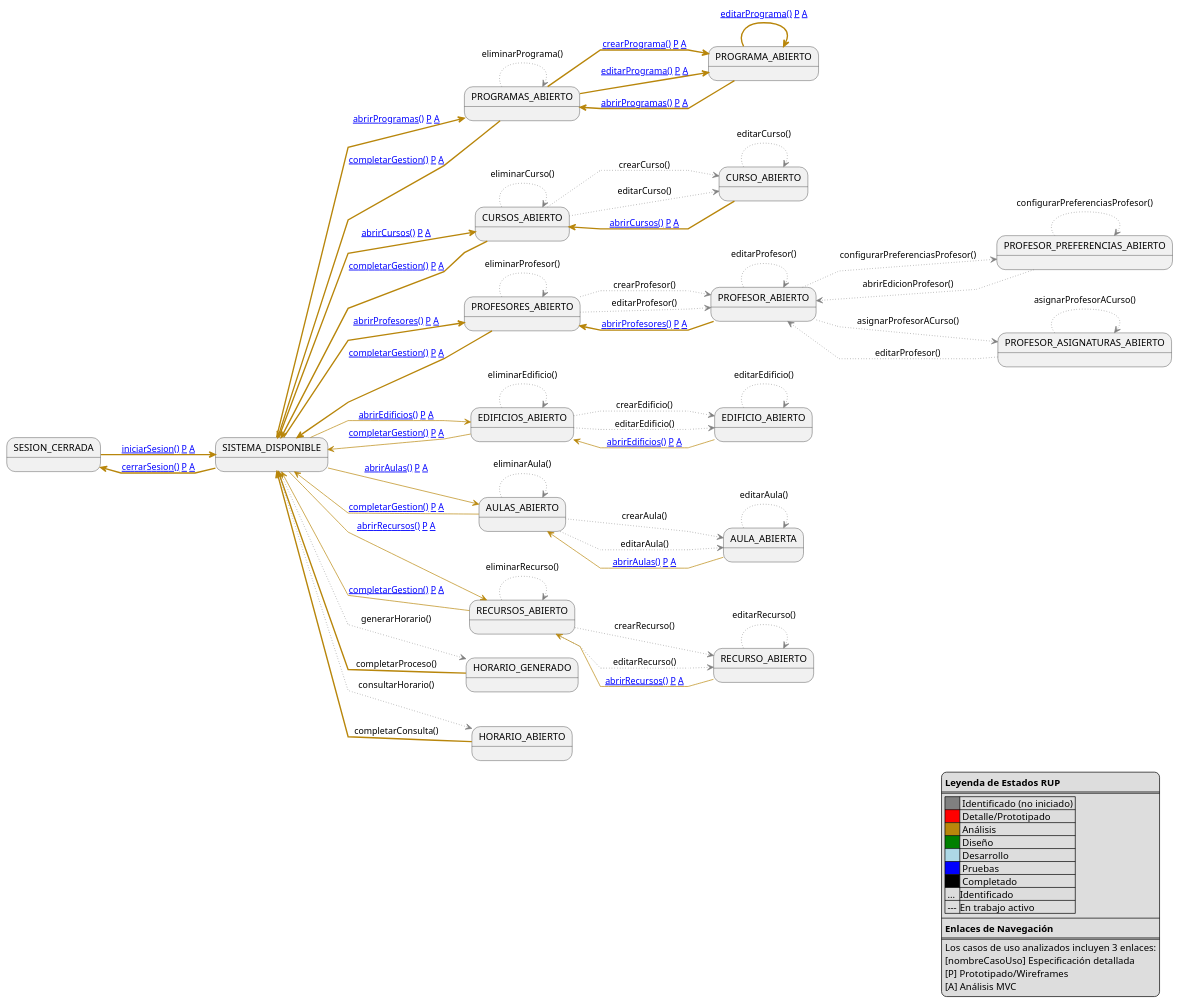
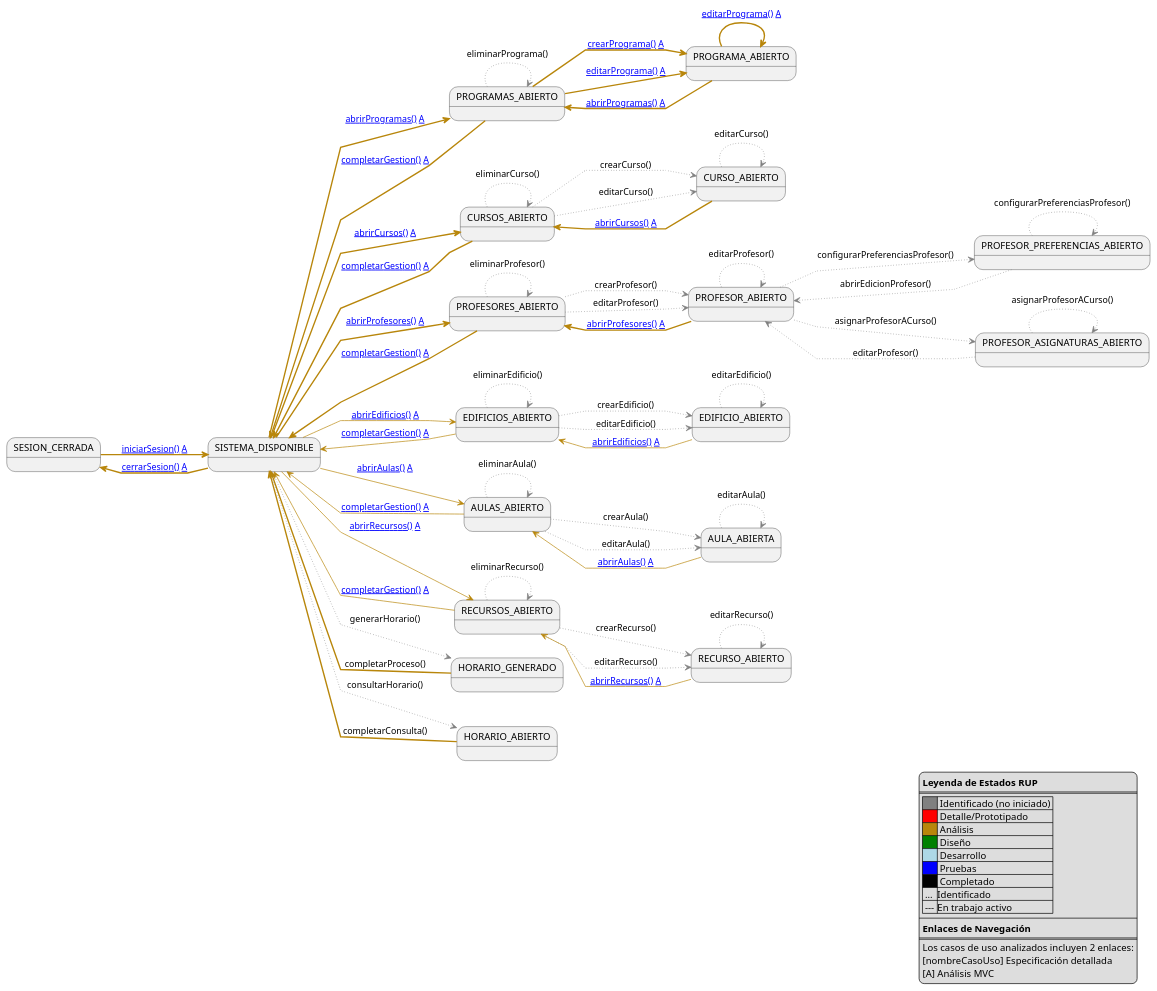
Before and after one commit to Hexcss/scheduler: the diagram in RUP/99-seguimiento/diagrama-contexto-administrador.puml, drawn with PlantUML. The commit also changed 1 other file, not shown here.

Commit message:
docs(diagrama): actualizar enlaces de navegación y especificaciones

```diff
--- a/RUP/99-seguimiento/diagrama-contexto-administrador.puml
+++ b/RUP/99-seguimiento/diagrama-contexto-administrador.puml
@@ -18,9 +18,8 @@
     ----
     **Enlaces de Navegación**
     ====
-    Los casos de uso analizados incluyen 3 enlaces:
+    Los casos de uso analizados incluyen 2 enlaces:
     [nombreCasoUso] Especificación detallada
-    [P] Prototipado/Wireframes  
     [A] Análisis MVC
 end legend
 
@@ -45,15 +44,15 @@
 state "HORARIO_GENERADO" as Generacion
 state "HORARIO_ABIERTO" as Consulta
 
-NoAuth -[#darkgoldenrod,thickness=2]-> Menu: [[https://github.com/mmasias/pySigHor/blob/main/RUP/00-casos-uso/02-detalle/iniciarSesion/README.md iniciarSesion()]] [[https://github.com/mmasias/pySigHor/blob/main/RUP/00-casos-uso/02-detalle/iniciarSesion/prototipo.puml P]] [[https://github.com/mmasias/pySigHor/blob/main/RUP/01-analisis/casos-uso/iniciarSesion/README.md A]]
+NoAuth -[#darkgoldenrod,thickness=2]-> Menu: [[https://github.com/mmasias/pySigHor/blob/main/RUP/00-casos-uso/02-detalle/iniciarSesion/README.md iniciarSesion()]] [[https://github.com/mmasias/pySigHor/blob/main/RUP/01-analisis/casos-uso/iniciarSesion/README.md A]]
 
-Menu -[#darkgoldenrod,thickness=2]-> NoAuth: [[https://github.com/mmasias/pySigHor/blob/main/RUP/00-casos-uso/02-detalle/cerrarSesion/README.md cerrarSesion()]] [[https://github.com/mmasias/pySigHor/blob/main/RUP/00-casos-uso/02-detalle/cerrarSesion/prototipo.puml P]] [[https://github.com/mmasias/pySigHor/blob/main/RUP/01-analisis/casos-uso/cerrarSesion/README.md A]]
-Menu -[#darkgoldenrod,thickness=2]-> ListProgramas: [[https://github.com/mmasias/pySigHor/blob/main/RUP/00-casos-uso/02-detalle/abrirProgramas/README.md abrirProgramas()]] [[https://github.com/mmasias/pySigHor/blob/main/RUP/00-casos-uso/02-detalle/abrirProgramas/prototipo.puml P]] [[https://github.com/mmasias/pySigHor/blob/main/RUP/01-analisis/casos-uso/abrirProgramas/README.md A]]
-Menu -[#darkgoldenrod,thickness=2]-> ListCursos: [[https://github.com/mmasias/pySigHor/blob/main/RUP/00-casos-uso/02-detalle/abrirCursos/README.md abrirCursos()]] [[https://github.com/mmasias/pySigHor/blob/main/RUP/00-casos-uso/02-detalle/abrirCursos/prototipo.puml P]] [[https://github.com/mmasias/pySigHor/blob/main/RUP/01-analisis/casos-uso/abrirCursos/README.md A]]
-Menu -[#darkgoldenrod,thickness=2]-> ListProfesores: [[https://github.com/mmasias/pySigHor/blob/main/RUP/00-casos-uso/02-detalle/abrirProfesores/README.md abrirProfesores()]] [[https://github.com/mmasias/pySigHor/blob/main/RUP/00-casos-uso/02-detalle/abrirProfesores/prototipo.puml P]] [[https://github.com/mmasias/pySigHor/blob/main/RUP/01-analisis/casos-uso/abrirProfesores/README.md A]]
-Menu -[#darkgoldenrod]-> ListEdificios: [[https://github.com/mmasias/pySigHor/blob/main/RUP/00-casos-uso/02-detalle/abrirEdificios/README.md abrirEdificios()]] [[https://github.com/mmasias/pySigHor/blob/main/RUP/00-casos-uso/02-detalle/abrirEdificios/prototipo.puml P]] [[https://github.com/mmasias/pySigHor/blob/main/RUP/01-analisis/casos-uso/abrirEdificios/README.md A]]
-Menu -[#darkgoldenrod]-> ListAulas: [[https://github.com/mmasias/pySigHor/blob/main/RUP/00-casos-uso/02-detalle/abrirAulas/README.md abrirAulas()]] [[https://github.com/mmasias/pySigHor/blob/main/RUP/00-casos-uso/02-detalle/abrirAulas/prototipo.puml P]] [[https://github.com/mmasias/pySigHor/blob/main/RUP/01-analisis/casos-uso/abrirAulas/README.md A]]
-Menu -[#darkgoldenrod]-> ListRecursos: [[https://github.com/mmasias/pySigHor/blob/main/RUP/00-casos-uso/02-detalle/abrirRecursos/README.md abrirRecursos()]] [[https://github.com/mmasias/pySigHor/blob/main/RUP/00-casos-uso/02-detalle/abrirRecursos/prototipo.puml P]] [[https://github.com/mmasias/pySigHor/blob/main/RUP/01-analisis/casos-uso/abrirRecursos/README.md A]]
+Menu -[#darkgoldenrod,thickness=2]-> NoAuth: [[https://github.com/mmasias/pySigHor/blob/main/RUP/00-casos-uso/02-detalle/cerrarSesion/README.md cerrarSesion()]] [[https://github.com/mmasias/pySigHor/blob/main/RUP/01-analisis/casos-uso/cerrarSesion/README.md A]]
+Menu -[#darkgoldenrod,thickness=2]-> ListProgramas: [[https://github.com/mmasias/pySigHor/blob/main/RUP/00-casos-uso/02-detalle/abrirProgramas/README.md abrirProgramas()]] [[https://github.com/mmasias/pySigHor/blob/main/RUP/01-analisis/casos-uso/abrirProgramas/README.md A]]
+Menu -[#darkgoldenrod,thickness=2]-> ListCursos: [[https://github.com/mmasias/pySigHor/blob/main/RUP/00-casos-uso/02-detalle/abrirCursos/README.md abrirCursos()]] [[https://github.com/mmasias/pySigHor/blob/main/RUP/01-analisis/casos-uso/abrirCursos/README.md A]]
+Menu -[#darkgoldenrod,thickness=2]-> ListProfesores: [[https://github.com/mmasias/pySigHor/blob/main/RUP/00-casos-uso/02-detalle/abrirProfesores/README.md abrirProfesores()]] [[https://github.com/mmasias/pySigHor/blob/main/RUP/01-analisis/casos-uso/abrirProfesores/README.md A]]
+Menu -[#darkgoldenrod]-> ListEdificios: [[https://github.com/mmasias/pySigHor/blob/main/RUP/00-casos-uso/02-detalle/abrirEdificios/README.md abrirEdificios()]] [[https://github.com/mmasias/pySigHor/blob/main/RUP/01-analisis/casos-uso/abrirEdificios/README.md A]]
+Menu -[#darkgoldenrod]-> ListAulas: [[https://github.com/mmasias/pySigHor/blob/main/RUP/00-casos-uso/02-detalle/abrirAulas/README.md abrirAulas()]] [[https://github.com/mmasias/pySigHor/blob/main/RUP/01-analisis/casos-uso/abrirAulas/README.md A]]
+Menu -[#darkgoldenrod]-> ListRecursos: [[https://github.com/mmasias/pySigHor/blob/main/RUP/00-casos-uso/02-detalle/abrirRecursos/README.md abrirRecursos()]] [[https://github.com/mmasias/pySigHor/blob/main/RUP/01-analisis/casos-uso/abrirRecursos/README.md A]]
 Menu -[#gray,dotted]-> Generacion: generarHorario()
 Menu -[#gray,dotted]-> Consulta: consultarHorario()
 
@@ -61,45 +60,45 @@
 
 Asignaciones -[#gray,dotted]-> Asignaciones: asignarProfesorACurso()
 Asignaciones -[#gray,dotted]-> EditProfesor: editarProfesor()
-ListProgramas -[#darkgoldenrod,thickness=2]-> EditPrograma: [[https://github.com/mmasias/pySigHor/blob/main/RUP/00-casos-uso/02-detalle/crearPrograma/README.md crearPrograma()]] [[https://github.com/mmasias/pySigHor/blob/main/RUP/00-casos-uso/02-detalle/crearPrograma/prototipo.puml P]] [[https://github.com/mmasias/pySigHor/blob/main/RUP/01-analisis/casos-uso/crearPrograma/README.md A]]
-ListProgramas -[#darkgoldenrod,thickness=2]-> EditPrograma: [[https://github.com/mmasias/pySigHor/blob/main/RUP/00-casos-uso/02-detalle/editarPrograma/README.md editarPrograma()]] [[https://github.com/mmasias/pySigHor/blob/main/RUP/00-casos-uso/02-detalle/editarPrograma/prototipo.puml P]] [[https://github.com/mmasias/pySigHor/blob/main/RUP/01-analisis/casos-uso/editarPrograma/README.md A]]
+ListProgramas -[#darkgoldenrod,thickness=2]-> EditPrograma: [[https://github.com/mmasias/pySigHor/blob/main/RUP/00-casos-uso/02-detalle/crearPrograma/README.md crearPrograma()]] [[https://github.com/mmasias/pySigHor/blob/main/RUP/01-analisis/casos-uso/crearPrograma/README.md A]]
+ListProgramas -[#darkgoldenrod,thickness=2]-> EditPrograma: [[https://github.com/mmasias/pySigHor/blob/main/RUP/00-casos-uso/02-detalle/editarPrograma/README.md editarPrograma()]] [[https://github.com/mmasias/pySigHor/blob/main/RUP/01-analisis/casos-uso/editarPrograma/README.md A]]
 ListProgramas -[#gray,dotted]-> ListProgramas: eliminarPrograma()
-EditPrograma -[#darkgoldenrod,thickness=2]-> EditPrograma: [[https://github.com/mmasias/pySigHor/blob/main/RUP/00-casos-uso/02-detalle/editarPrograma/README.md editarPrograma()]] [[https://github.com/mmasias/pySigHor/blob/main/RUP/00-casos-uso/02-detalle/editarPrograma/prototipo.puml P]] [[https://github.com/mmasias/pySigHor/blob/main/RUP/01-analisis/casos-uso/editarPrograma/README.md A]]
-EditPrograma -[#darkgoldenrod,thickness=2]-> ListProgramas: [[https://github.com/mmasias/pySigHor/blob/main/RUP/00-casos-uso/02-detalle/abrirProgramas/README.md abrirProgramas()]] [[https://github.com/mmasias/pySigHor/blob/main/RUP/00-casos-uso/02-detalle/abrirProgramas/prototipo.puml P]] [[https://github.com/mmasias/pySigHor/blob/main/RUP/01-analisis/casos-uso/abrirProgramas/README.md A]]
+EditPrograma -[#darkgoldenrod,thickness=2]-> EditPrograma: [[https://github.com/mmasias/pySigHor/blob/main/RUP/00-casos-uso/02-detalle/editarPrograma/README.md editarPrograma()]] [[https://github.com/mmasias/pySigHor/blob/main/RUP/01-analisis/casos-uso/editarPrograma/README.md A]]
+EditPrograma -[#darkgoldenrod,thickness=2]-> ListProgramas: [[https://github.com/mmasias/pySigHor/blob/main/RUP/00-casos-uso/02-detalle/abrirProgramas/README.md abrirProgramas()]] [[https://github.com/mmasias/pySigHor/blob/main/RUP/01-analisis/casos-uso/abrirProgramas/README.md A]]
 ListCursos -[#gray,dotted]-> EditCurso: crearCurso()
 ListCursos -[#gray,dotted]-> EditCurso: editarCurso()
 ListCursos -[#gray,dotted]-> ListCursos: eliminarCurso()
 EditCurso -[#gray,dotted]-> EditCurso: editarCurso()
-EditCurso -[#darkgoldenrod,thickness=2]-> ListCursos: [[https://github.com/mmasias/pySigHor/blob/main/RUP/00-casos-uso/02-detalle/abrirCursos/README.md abrirCursos()]] [[https://github.com/mmasias/pySigHor/blob/main/RUP/00-casos-uso/02-detalle/abrirCursos/prototipo.puml P]] [[https://github.com/mmasias/pySigHor/blob/main/RUP/01-analisis/casos-uso/abrirCursos/README.md A]]
+EditCurso -[#darkgoldenrod,thickness=2]-> ListCursos: [[https://github.com/mmasias/pySigHor/blob/main/RUP/00-casos-uso/02-detalle/abrirCursos/README.md abrirCursos()]] [[https://github.com/mmasias/pySigHor/blob/main/RUP/01-analisis/casos-uso/abrirCursos/README.md A]]
 ListProfesores -[#gray,dotted]-> EditProfesor: crearProfesor()
 ListProfesores -[#gray,dotted]-> EditProfesor: editarProfesor()
 ListProfesores -[#gray,dotted]-> ListProfesores: eliminarProfesor()
 EditProfesor -[#gray,dotted]-> EditProfesor: editarProfesor()
 EditProfesor -[#gray,dotted]-> EditProfesorPreferencias: configurarPreferenciasProfesor()
-EditProfesor -[#darkgoldenrod,thickness=2]-> ListProfesores: [[https://github.com/mmasias/pySigHor/blob/main/RUP/00-casos-uso/02-detalle/abrirProfesores/README.md abrirProfesores()]] [[https://github.com/mmasias/pySigHor/blob/main/RUP/00-casos-uso/02-detalle/abrirProfesores/prototipo.puml P]] [[https://github.com/mmasias/pySigHor/blob/main/RUP/01-analisis/casos-uso/abrirProfesores/README.md A]]
+EditProfesor -[#darkgoldenrod,thickness=2]-> ListProfesores: [[https://github.com/mmasias/pySigHor/blob/main/RUP/00-casos-uso/02-detalle/abrirProfesores/README.md abrirProfesores()]] [[https://github.com/mmasias/pySigHor/blob/main/RUP/01-analisis/casos-uso/abrirProfesores/README.md A]]
 EditProfesorPreferencias -[#gray,dotted]-> EditProfesorPreferencias: configurarPreferenciasProfesor()
 EditProfesorPreferencias -[#gray,dotted]-> EditProfesor: abrirEdicionProfesor()
 ListEdificios -[#gray,dotted]-> EditEdificio: crearEdificio()
 ListEdificios -[#gray,dotted]-> EditEdificio: editarEdificio()
 ListEdificios -[#gray,dotted]-> ListEdificios: eliminarEdificio()
 EditEdificio -[#gray,dotted]-> EditEdificio: editarEdificio()
-EditEdificio -[#darkgoldenrod]-> ListEdificios: [[https://github.com/mmasias/pySigHor/blob/main/RUP/00-casos-uso/02-detalle/abrirEdificios/README.md abrirEdificios()]] [[https://github.com/mmasias/pySigHor/blob/main/RUP/00-casos-uso/02-detalle/abrirEdificios/prototipo.puml P]] [[https://github.com/mmasias/pySigHor/blob/main/RUP/01-analisis/casos-uso/abrirEdificios/README.md A]]
+EditEdificio -[#darkgoldenrod]-> ListEdificios: [[https://github.com/mmasias/pySigHor/blob/main/RUP/00-casos-uso/02-detalle/abrirEdificios/README.md abrirEdificios()]] [[https://github.com/mmasias/pySigHor/blob/main/RUP/01-analisis/casos-uso/abrirEdificios/README.md A]]
 ListAulas -[#gray,dotted]-> EditAula: crearAula()
 ListAulas -[#gray,dotted]-> EditAula: editarAula()
 ListAulas -[#gray,dotted]-> ListAulas: eliminarAula()
 EditAula -[#gray,dotted]-> EditAula: editarAula()
-EditAula -[#darkgoldenrod]-> ListAulas: [[https://github.com/mmasias/pySigHor/blob/main/RUP/00-casos-uso/02-detalle/abrirAulas/README.md abrirAulas()]] [[https://github.com/mmasias/pySigHor/blob/main/RUP/00-casos-uso/02-detalle/abrirAulas/prototipo.puml P]] [[https://github.com/mmasias/pySigHor/blob/main/RUP/01-analisis/casos-uso/abrirAulas/README.md A]]
+EditAula -[#darkgoldenrod]-> ListAulas: [[https://github.com/mmasias/pySigHor/blob/main/RUP/00-casos-uso/02-detalle/abrirAulas/README.md abrirAulas()]] [[https://github.com/mmasias/pySigHor/blob/main/RUP/01-analisis/casos-uso/abrirAulas/README.md A]]
 ListRecursos -[#gray,dotted]-> EditRecurso: crearRecurso()
 ListRecursos -[#gray,dotted]-> EditRecurso: editarRecurso()
 ListRecursos -[#gray,dotted]-> ListRecursos: eliminarRecurso()
 EditRecurso -[#gray,dotted]-> EditRecurso: editarRecurso()
-EditRecurso -[#darkgoldenrod]-> ListRecursos: [[https://github.com/mmasias/pySigHor/blob/main/RUP/00-casos-uso/02-detalle/abrirRecursos/README.md abrirRecursos()]] [[https://github.com/mmasias/pySigHor/blob/main/RUP/00-casos-uso/02-detalle/abrirRecursos/prototipo.puml P]] [[https://github.com/mmasias/pySigHor/blob/main/RUP/01-analisis/casos-uso/abrirRecursos/README.md A]]
-ListProgramas -[#darkgoldenrod,thickness=2]-> Menu: [[https://github.com/mmasias/pySigHor/blob/main/RUP/00-casos-uso/02-detalle/completarGestion/README.md completarGestion()]] [[https://github.com/mmasias/pySigHor/blob/main/RUP/00-casos-uso/02-detalle/completarGestion/prototipo.puml P]] [[https://github.com/mmasias/pySigHor/blob/main/RUP/01-analisis/casos-uso/completarGestion/README.md A]]
-ListCursos -[#darkgoldenrod,thickness=2]-> Menu: [[https://github.com/mmasias/pySigHor/blob/main/RUP/00-casos-uso/02-detalle/completarGestion/README.md completarGestion()]] [[https://github.com/mmasias/pySigHor/blob/main/RUP/00-casos-uso/02-detalle/completarGestion/prototipo.puml P]] [[https://github.com/mmasias/pySigHor/blob/main/RUP/01-analisis/casos-uso/completarGestion/README.md A]]
-ListProfesores -[#darkgoldenrod,thickness=2]-> Menu: [[https://github.com/mmasias/pySigHor/blob/main/RUP/00-casos-uso/02-detalle/completarGestion/README.md completarGestion()]] [[https://github.com/mmasias/pySigHor/blob/main/RUP/00-casos-uso/02-detalle/completarGestion/prototipo.puml P]] [[https://github.com/mmasias/pySigHor/blob/main/RUP/01-analisis/casos-uso/completarGestion/README.md A]]
-ListEdificios -[#darkgoldenrod]-> Menu: [[https://github.com/mmasias/pySigHor/blob/main/RUP/00-casos-uso/02-detalle/completarGestion/README.md completarGestion()]] [[https://github.com/mmasias/pySigHor/blob/main/RUP/00-casos-uso/02-detalle/completarGestion/prototipo.puml P]] [[https://github.com/mmasias/pySigHor/blob/main/RUP/01-analisis/casos-uso/completarGestion/README.md A]]
-ListAulas -[#darkgoldenrod]-> Menu: [[https://github.com/mmasias/pySigHor/blob/main/RUP/00-casos-uso/02-detalle/completarGestion/README.md completarGestion()]] [[https://github.com/mmasias/pySigHor/blob/main/RUP/00-casos-uso/02-detalle/completarGestion/prototipo.puml P]] [[https://github.com/mmasias/pySigHor/blob/main/RUP/01-analisis/casos-uso/completarGestion/README.md A]]
-ListRecursos -[#darkgoldenrod]-> Menu: [[https://github.com/mmasias/pySigHor/blob/main/RUP/00-casos-uso/02-detalle/completarGestion/README.md completarGestion()]] [[https://github.com/mmasias/pySigHor/blob/main/RUP/00-casos-uso/02-detalle/completarGestion/prototipo.puml P]] [[https://github.com/mmasias/pySigHor/blob/main/RUP/01-analisis/casos-uso/completarGestion/README.md A]]
+EditRecurso -[#darkgoldenrod]-> ListRecursos: [[https://github.com/mmasias/pySigHor/blob/main/RUP/00-casos-uso/02-detalle/abrirRecursos/README.md abrirRecursos()]] [[https://github.com/mmasias/pySigHor/blob/main/RUP/01-analisis/casos-uso/abrirRecursos/README.md A]]
+ListProgramas -[#darkgoldenrod,thickness=2]-> Menu: [[https://github.com/mmasias/pySigHor/blob/main/RUP/00-casos-uso/02-detalle/completarGestion/README.md completarGestion()]] [[https://github.com/mmasias/pySigHor/blob/main/RUP/01-analisis/casos-uso/completarGestion/README.md A]]
+ListCursos -[#darkgoldenrod,thickness=2]-> Menu: [[https://github.com/mmasias/pySigHor/blob/main/RUP/00-casos-uso/02-detalle/completarGestion/README.md completarGestion()]] [[https://github.com/mmasias/pySigHor/blob/main/RUP/01-analisis/casos-uso/completarGestion/README.md A]]
+ListProfesores -[#darkgoldenrod,thickness=2]-> Menu: [[https://github.com/mmasias/pySigHor/blob/main/RUP/00-casos-uso/02-detalle/completarGestion/README.md completarGestion()]] [[https://github.com/mmasias/pySigHor/blob/main/RUP/01-analisis/casos-uso/completarGestion/README.md A]]
+ListEdificios -[#darkgoldenrod]-> Menu: [[https://github.com/mmasias/pySigHor/blob/main/RUP/00-casos-uso/02-detalle/completarGestion/README.md completarGestion()]] [[https://github.com/mmasias/pySigHor/blob/main/RUP/01-analisis/casos-uso/completarGestion/README.md A]]
+ListAulas -[#darkgoldenrod]-> Menu: [[https://github.com/mmasias/pySigHor/blob/main/RUP/00-casos-uso/02-detalle/completarGestion/README.md completarGestion()]] [[https://github.com/mmasias/pySigHor/blob/main/RUP/01-analisis/casos-uso/completarGestion/README.md A]]
+ListRecursos -[#darkgoldenrod]-> Menu: [[https://github.com/mmasias/pySigHor/blob/main/RUP/00-casos-uso/02-detalle/completarGestion/README.md completarGestion()]] [[https://github.com/mmasias/pySigHor/blob/main/RUP/01-analisis/casos-uso/completarGestion/README.md A]]
 Generacion -[#darkgoldenrod,thickness=2]-> Menu: completarProceso()
 Consulta -[#darkgoldenrod,thickness=2]-> Menu: completarConsulta()
 @enduml
```
